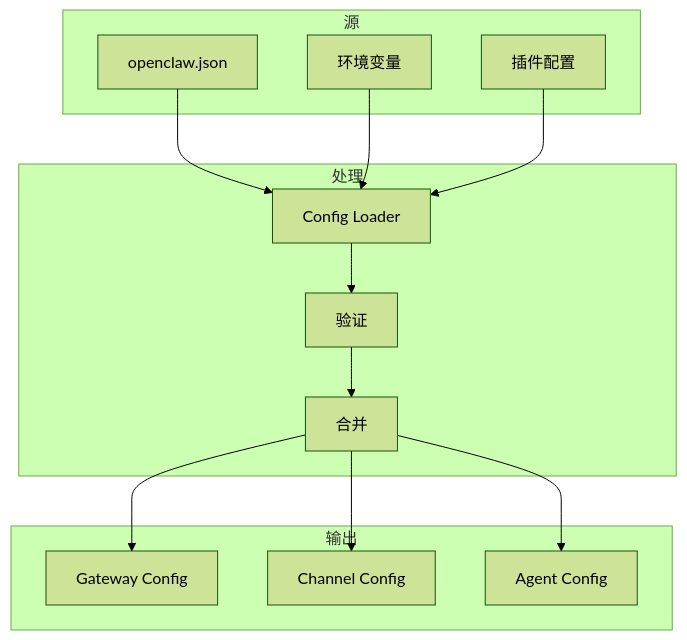
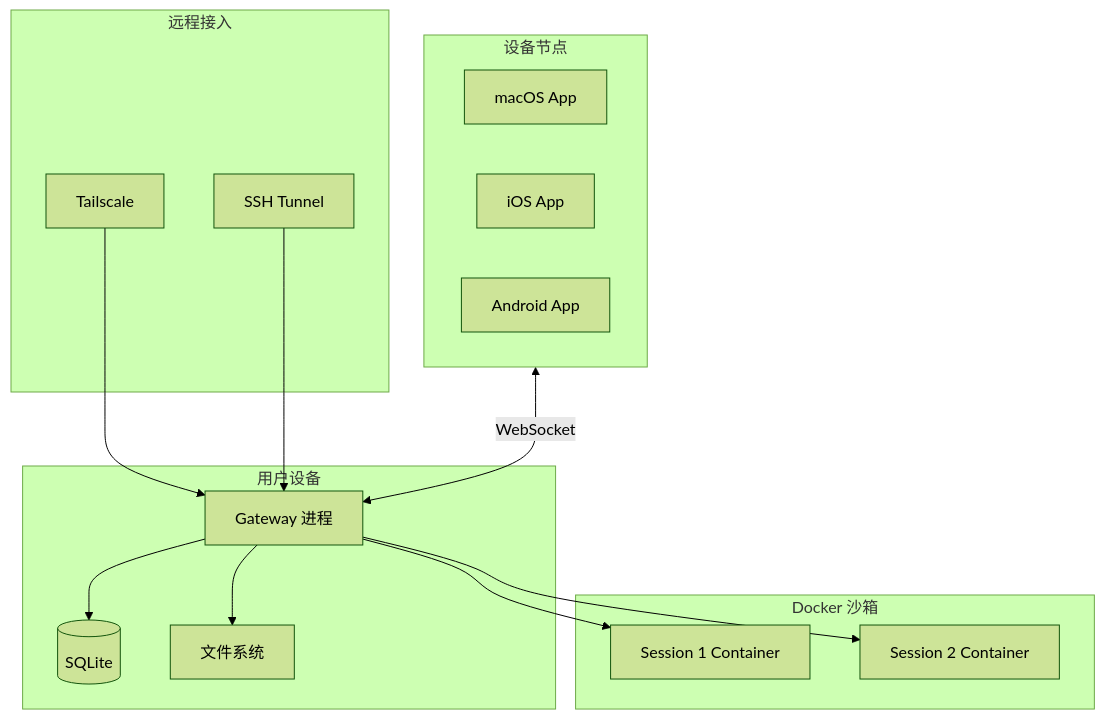
One commit to caicongyang/bloger changed the tenth of 10 diagrams in openclaw/ARCHITECTURE.md. Above: the diagram before and after it, drawn with Mermaid (forest theme). The commit also changed other lines of this file and 13 other files, not shown here.

````diff
--- a/openclaw/ARCHITECTURE.md
+++ b/openclaw/ARCHITECTURE.md
@@ -545,29 +593,32 @@
 ```mermaid
 flowchart TD
-    subgraph 源
-        CFG[openclaw.json]
-        ENV[环境变量]
-        PL[插件配置]
+    subgraph host [用户设备]
+        GW[Gateway 进程]
+        DB[(SQLite)]
+        FS[文件系统]
     end
-    
-    subgraph 处理
-        L[Config Loader]
-        V[验证]
-        M[合并]
+
+    subgraph sandbox [Docker 沙箱]
+        SB1[Session 1 Container]
+        SB2[Session 2 Container]
     end
-    
-    subgraph 输出
-        GW[Gateway Config]
-        CH[Channel Config]
-        AG[Agent Config]
+
+    subgraph remote [远程接入]
+        TS[Tailscale]
+        SSH[SSH Tunnel]
     end
-    
-    CFG --> L
-    ENV --> L
-    PL --> L
-    L --> V
-    V --> M
-    M --> GW
-    M --> CH
-    M --> AG
+
+    subgraph nodes [设备节点]
+        MAC[macOS App]
+        IOS[iOS App]
+        AND[Android App]
+    end
+
+    GW --> DB
+    GW --> FS
+    GW --> SB1
+    GW --> SB2
+    TS --> GW
+    SSH --> GW
+    nodes <-->|WebSocket| GW
 ```
````
